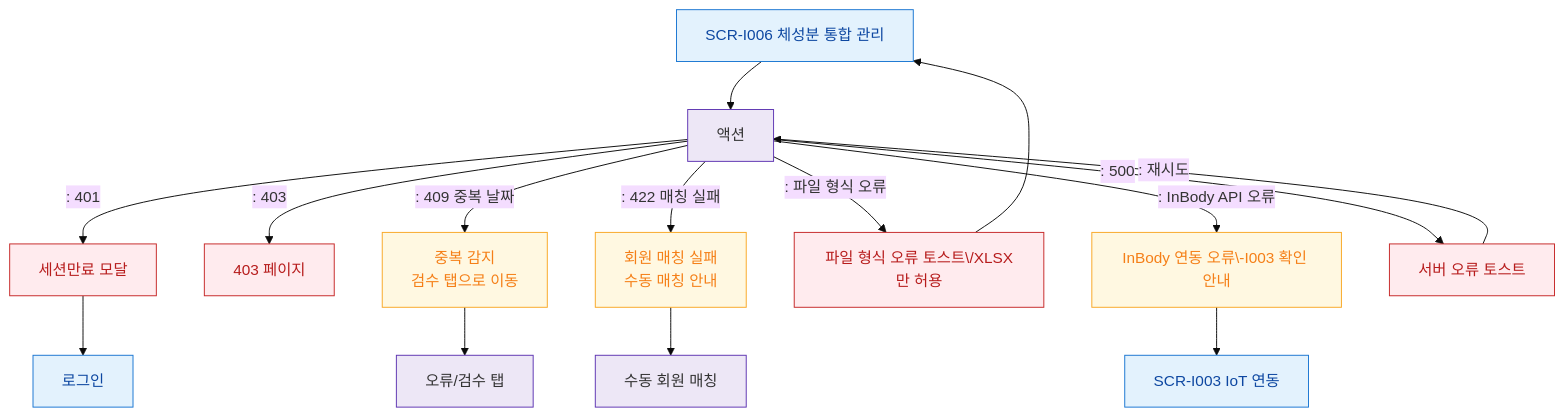
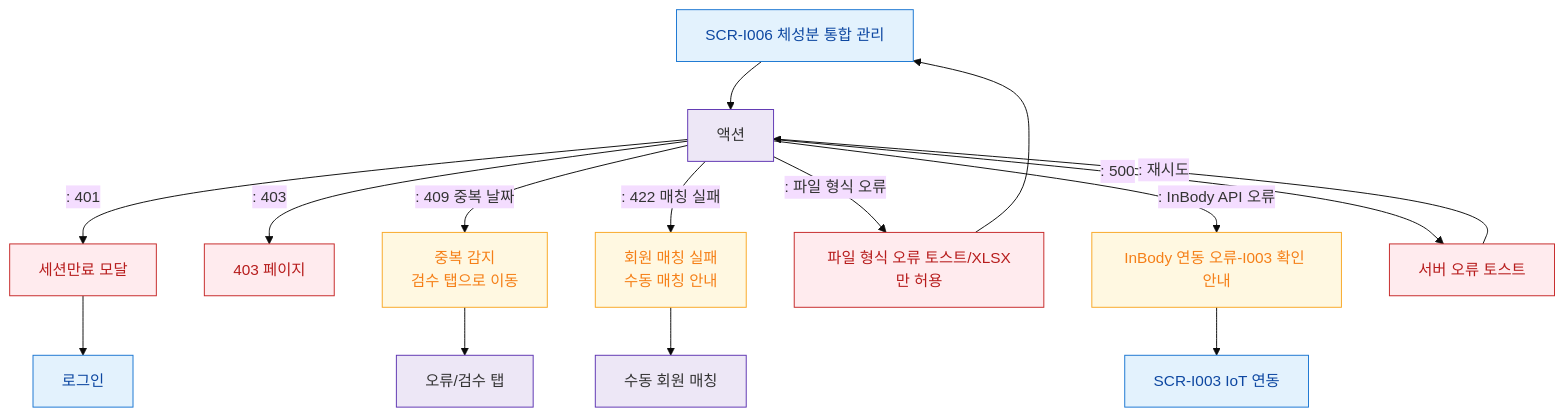
The diagram in docs/admin/다이어그램/D11_통합운영/SCR-I006_체성분통합관리/F8_에러.md (dev-spogym/admin-pando), drawn with Mermaid (base theme) before and after one commit. The commit also changed 369 other files, not shown here.

````diff
--- a/docs/admin/다이어그램/D11_통합운영/SCR-I006_체성분통합관리/F8_에러.md
+++ b/docs/admin/다이어그램/D11_통합운영/SCR-I006_체성분통합관리/F8_에러.md
@@ -14,27 +14,27 @@
 ```mermaid
 flowchart TD
     SCR_I006[SCR-I006 체성분 통합 관리] --> ACTION[액션]
     ACTION -->|": 401"|ERR_401[세션만료 모달]
     ACTION -->|": 403"|ERR_403[403 페이지]
     ACTION -->|": 409 중복 날짜"|ERR_409[중복 감지\n검수 탭으로 이동]
     ACTION -->|": 422 매칭 실패"|ERR_422[회원 매칭 실패\n수동 매칭 안내]
-    ACTION -->|": 파일 형식 오류"|ERR_FILE[파일 형식 오류 토스트\/XLSX만 허용]
-    ACTION -->|": InBody API 오류"|ERR_INBODY[InBody 연동 오류\-I003 확인 안내]
+    ACTION -->|": 파일 형식 오류"|ERR_FILE[파일 형식 오류 토스트/XLSX만 허용]
+    ACTION -->|": InBody API 오류"|ERR_INBODY[InBody 연동 오류-I003 확인 안내]
     ACTION -->|": 500"|ERR_500[서버 오류 토스트]
 
     ERR_401 --> LOGIN[로그인]
     ERR_409 --> TAB_ERR[오류/검수 탭]
     ERR_422 --> MANUAL_MATCH[수동 회원 매칭]
     ERR_FILE --> SCR_I006
     ERR_INBODY --> SCR_I003[SCR-I003 IoT 연동]
     ERR_500 -->|": 재시도"|ACTION
 
     classDef screen fill:#E3F2FD,stroke:#1976D2,color:#0D47A1
     classDef error fill:#FFEBEE,stroke:#C62828,color:#B71C1C
     classDef warning fill:#FFF8E1,stroke:#F9A825,color:#F57F17
     classDef system fill:#EDE7F6,stroke:#5E35B2
     class SCR_I006,LOGIN,SCR_I003 screen
     class ERR_401,ERR_403,ERR_500,ERR_FILE error
     class ERR_409,ERR_422,ERR_INBODY warning
     class ACTION,TAB_ERR,MANUAL_MATCH system
 ```
````
